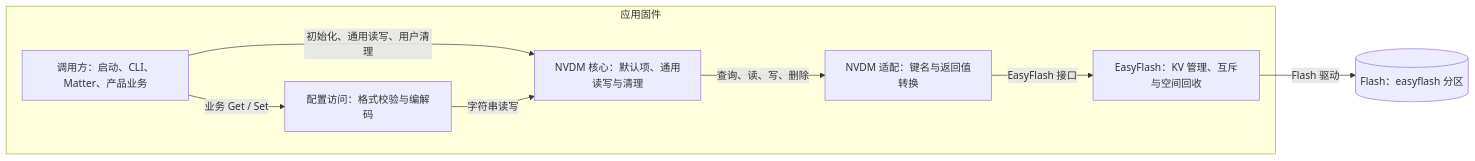
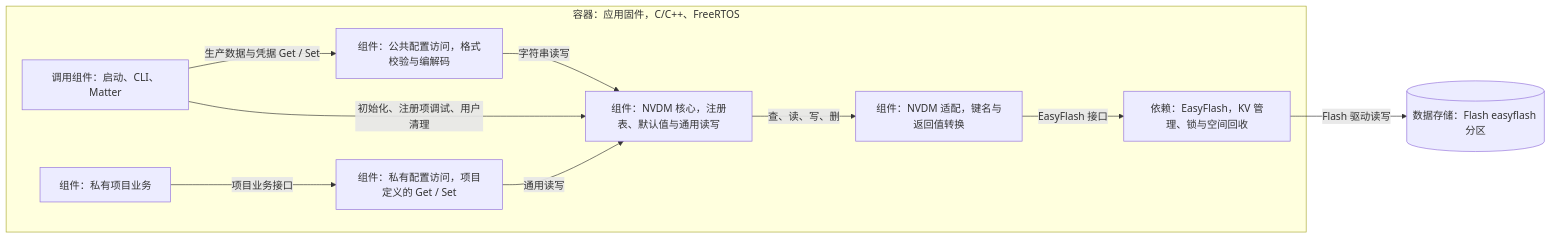
One commit to dragonxiaoex/bk7239 changed the first of 4 diagrams in docs/nvdm.md. Above: the diagram before and after it, drawn with Mermaid. The commit also changed other lines of this file and 13 other files, not shown here.

````diff
--- a/docs/nvdm.md
+++ b/docs/nvdm.md
@@ -27,17 +27,21 @@
 ```mermaid
 flowchart LR
-    subgraph firmware ["应用固件"]
-        callers["调用方：启动、CLI、Matter、产品业务"]
-        configAccess["配置访问：格式校验与编解码"]
-        nvdmCore["NVDM 核心：默认项、通用读写与清理"]
-        nvdmPort["NVDM 适配：键名与返回值转换"]
-        easyFlash["EasyFlash：KV 管理、互斥与空间回收"]
+    subgraph firmware ["容器：应用固件，C/C++、FreeRTOS"]
+        entry["调用组件：启动、CLI、Matter"]
+        product["组件：私有项目业务"]
+        configAccess["组件：公共配置访问，格式校验与编解码"]
+        privateAccess["组件：私有配置访问，项目定义的 Get / Set"]
+        nvdmCore["组件：NVDM 核心，注册表、默认值与通用读写"]
+        nvdmPort["组件：NVDM 适配，键名与返回值转换"]
+        easyFlash["依赖：EasyFlash，KV 管理、锁与空间回收"]
     end
-    envStore[("Flash：easyflash 分区")]
-    callers -->|"业务 Get / Set"| configAccess
-    callers -->|"初始化、通用读写、用户清理"| nvdmCore
+    envStore[("数据存储：Flash easyflash 分区")]
+    entry -->|"生产数据与凭据 Get / Set"| configAccess
+    entry -->|"初始化、注册项调试、用户清理"| nvdmCore
+    product -->|"项目业务接口"| privateAccess
+    privateAccess -->|"通用读写"| nvdmCore
     configAccess -->|"字符串读写"| nvdmCore
-    nvdmCore -->|"查询、读、写、删除"| nvdmPort
+    nvdmCore -->|"查、读、写、删"| nvdmPort
     nvdmPort -->|"EasyFlash 接口"| easyFlash
-    easyFlash -->|"Flash 驱动"| envStore
+    easyFlash -->|"Flash 驱动读写"| envStore
 ```
````
